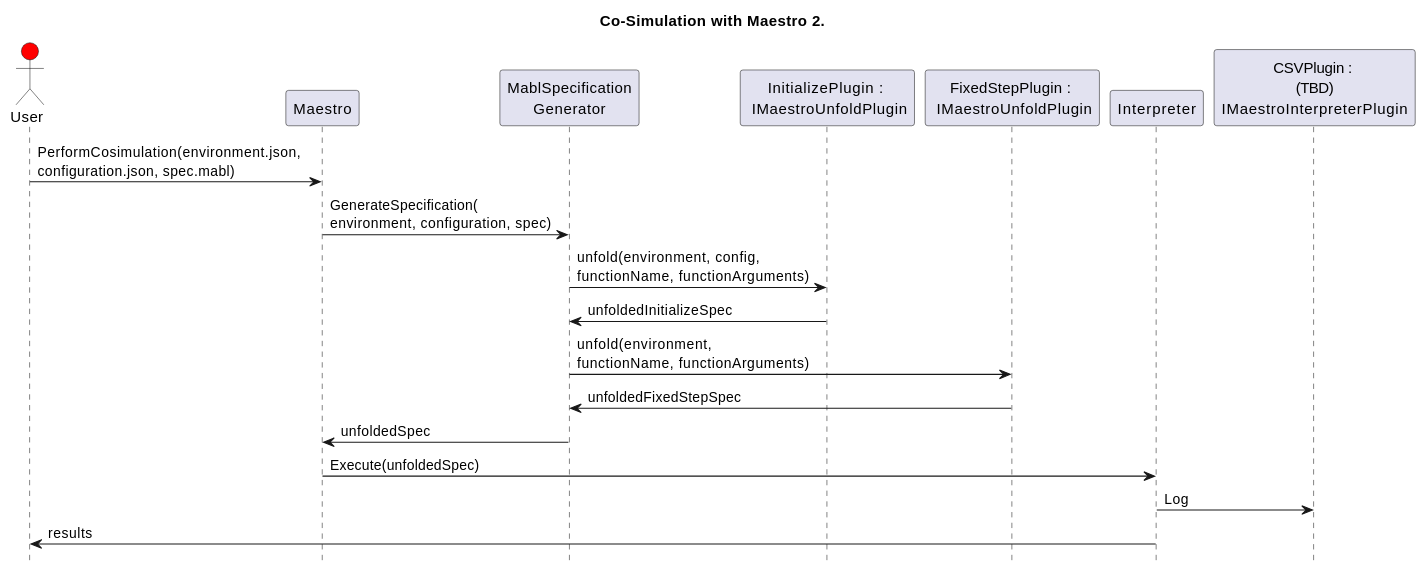
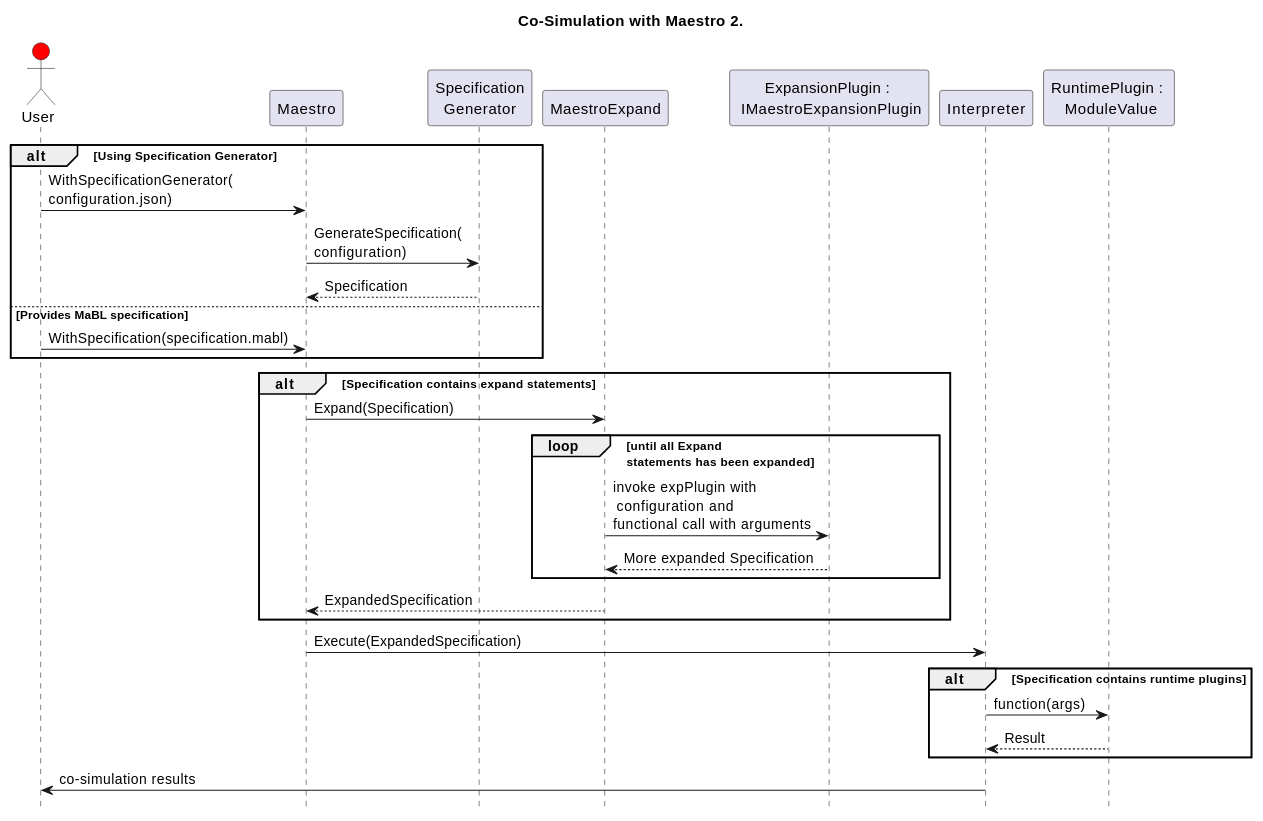
One commit to INTO-CPS-Association/maestro changed the diagram in docs/user/overview.rst. Above: the diagram before and after it, drawn with PlantUML. The commit also changed other lines of this file and 12 other files, not shown here.

```diff
--- a/docs/user/overview.rst
+++ b/docs/user/overview.rst
@@ -40,22 +45,50 @@
 .. uml:: 
     
     title Co-Simulation with Maestro 2.
     hide footbox
     
     actor User #red
     participant Maestro
-    participant "MablSpecification\nGenerator" as MablSpecGen
-    participant "InitializePlugin  : \n IMaestroUnfoldPlugin" as InitializePlugin
-    participant "FixedStepPlugin : \n IMaestroUnfoldPlugin" as FixedStepPlugin
+    participant "Specification\nGenerator" as SpecGen
+    participant MaestroExpand
+    participant "ExpansionPlugin : \n IMaestroExpansionPlugin" as expPlugin
+    participant Interpreter
+    participant "RuntimePlugin : \n ModuleValue" as RuntimePlugin
 
 
-    User -> Maestro: PerformCosimulation(environment.json, \nconfiguration.json, spec.mabl)
-    Maestro -> MablSpecGen: GenerateSpecification(\nenvironment, configuration, spec)
-    MablSpecGen -> InitializePlugin: unfold(environment, config, \nfunctionName, functionArguments)
-    InitializePlugin -> MablSpecGen: unfoldedInitializeSpec
-    MablSpecGen -> FixedStepPlugin: unfold(environment, \nfunctionName, functionArguments)
-    FixedStepPlugin -> MablSpecGen: unfoldedFixedStepSpec
-    MablSpecGen -> Maestro: unfoldedSpec
-    Maestro -> Interpreter: Execute(unfoldedSpec)
-    Interpreter -> "CSVPlugin : \n(TBD)\nIMaestroInterpreterPlugin": Log 
-    Interpreter -> User: results
+    alt Using Specification Generator
+
+        User -> Maestro: WithSpecificationGenerator(\nconfiguration.json)
+        Maestro -> SpecGen: GenerateSpecification(\nconfiguration)
+        SpecGen --> Maestro: Specification
+
+    else Provides MaBL specification
+
+        User -> Maestro: WithSpecification(specification.mabl)
+
+    end
+
+
+    alt Specification contains expand statements
+
+        Maestro -> MaestroExpand: Expand(Specification)
+
+        loop until all Expand\nstatements has been expanded
+            MaestroExpand -> expPlugin: invoke expPlugin with \n configuration and \nfunctional call with arguments
+            expPlugin --> MaestroExpand: More expanded Specification
+        end
+
+        MaestroExpand --> Maestro: ExpandedSpecification
+
+    end
+
+    Maestro -> Interpreter: Execute(ExpandedSpecification)
+
+    alt Specification contains runtime plugins
+
+        Interpreter -> RuntimePlugin: function(args)
+        RuntimePlugin --> Interpreter: Result
+
+    end
+
+    Interpreter -> User: co-simulation results
```
